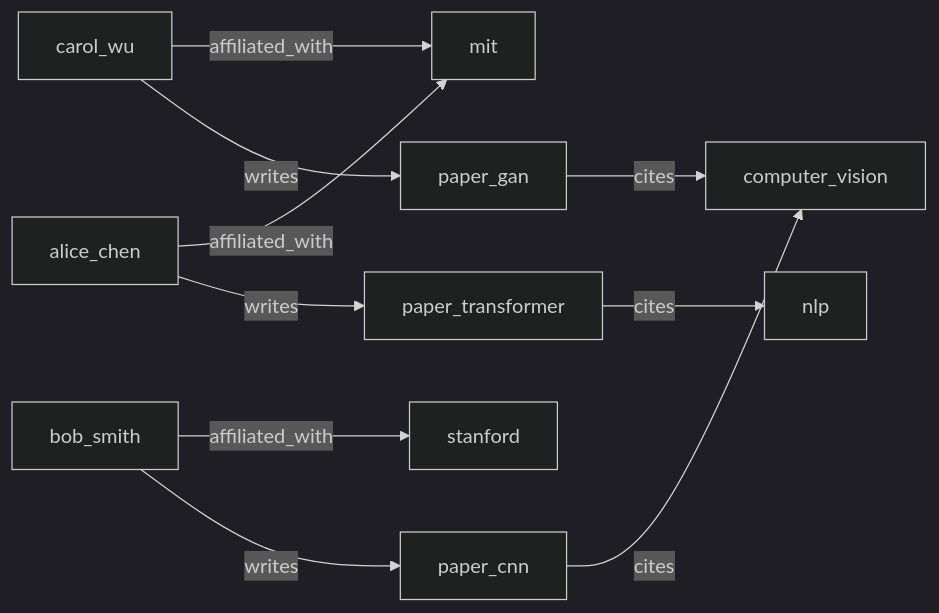
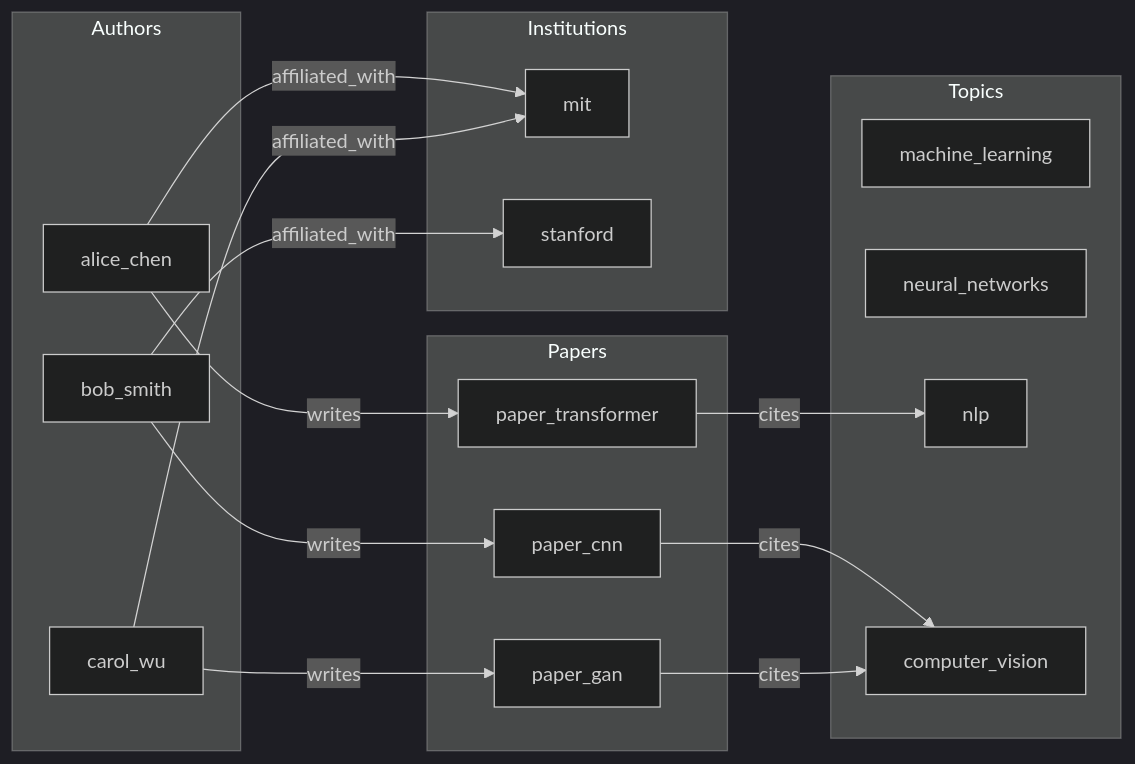
One commit to antquinonez/Hyper3 changed the first of 3 diagrams in examples/showcase/workflow/graph_versioning/README.md. Above: the diagram before and after it, drawn with Mermaid (dark theme). The commit also changed other lines of this file and 11 other files, not shown here.

````diff
--- a/examples/showcase/workflow/graph_versioning/README.md
+++ b/examples/showcase/workflow/graph_versioning/README.md
@@ -79,12 +81,33 @@
 ```mermaid
 graph LR
-    alice_chen -->|writes| paper_transformer
-    bob_smith -->|writes| paper_cnn
-    carol_wu -->|writes| paper_gan
-    alice_chen -->|affiliated_with| mit
-    bob_smith -->|affiliated_with| stanford
-    carol_wu -->|affiliated_with| mit
-    paper_transformer -->|cites| nlp
-    paper_cnn -->|cites| computer_vision
-    paper_gan -->|cites| computer_vision
+    subgraph Topics
+        ML[machine_learning]
+        NN[neural_networks]
+        NLP[nlp]
+        CV[computer_vision]
+    end
+    subgraph Authors
+        AC[alice_chen]
+        BS[bob_smith]
+        CW[carol_wu]
+    end
+    subgraph Papers
+        PT[paper_transformer]
+        PC[paper_cnn]
+        PG[paper_gan]
+    end
+    subgraph Institutions
+        MIT[mit]
+        STANFORD[stanford]
+    end
+
+    AC -->|writes| PT
+    BS -->|writes| PC
+    CW -->|writes| PG
+    AC -->|affiliated_with| MIT
+    BS -->|affiliated_with| STANFORD
+    CW -->|affiliated_with| MIT
+    PT -->|cites| NLP
+    PC -->|cites| CV
+    PG -->|cites| CV
 ```
````
